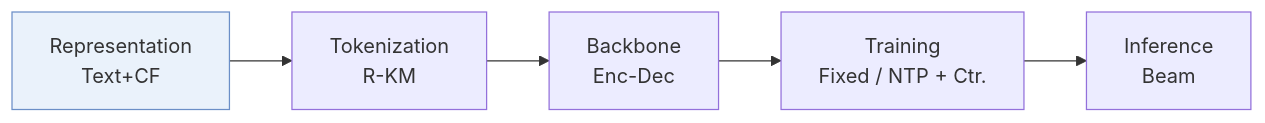
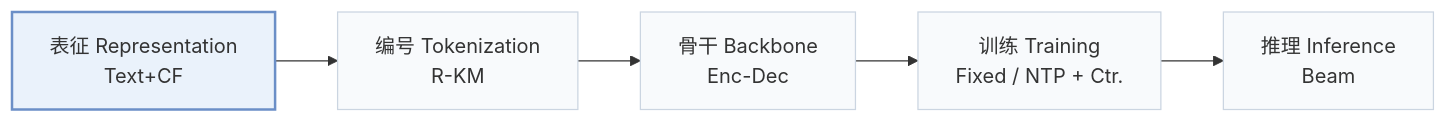
One commit to Galaxy-ghost/Awesome-SID-Generative-Rec changed the first of 2 diagrams in pages/zh/papers/unger.md. Above: the diagram before and after it, drawn with Mermaid. The commit also changed other lines of this file and 649 other files, not shown here.

Commit message:
writer-05: also tags and modality index (schema, check, build, visuals); summary field removed; calibration data for 12 papers

````diff
--- a/pages/zh/papers/unger.md
+++ b/pages/zh/papers/unger.md
@@ -13,6 +15,8 @@
 ```mermaid
 flowchart LR
-    R["Representation<br/>Text+CF"] --> T["Tokenization<br/>R-KM"] --> B["Backbone<br/>Enc-Dec"] --> TR["Training<br/>Fixed / NTP + Ctr."] --> I["Inference<br/>Beam"]
-    classDef main fill:#eaf2fb,stroke:#6b8fc7
+    R["表征 Representation<br/>Text+CF"] --> T["编号 Tokenization<br/>R-KM"] --> B["骨干 Backbone<br/>Enc-Dec"] --> TR["训练 Training<br/>Fixed / NTP + Ctr."] --> I["推理 Inference<br/>Beam"]
+    classDef base fill:#f8fafc,stroke:#cbd5e1
+    class R,T,B,TR,I base
+    classDef main fill:#eaf2fb,stroke:#6b8fc7,stroke-width:2px
     class R main
 ```
````
